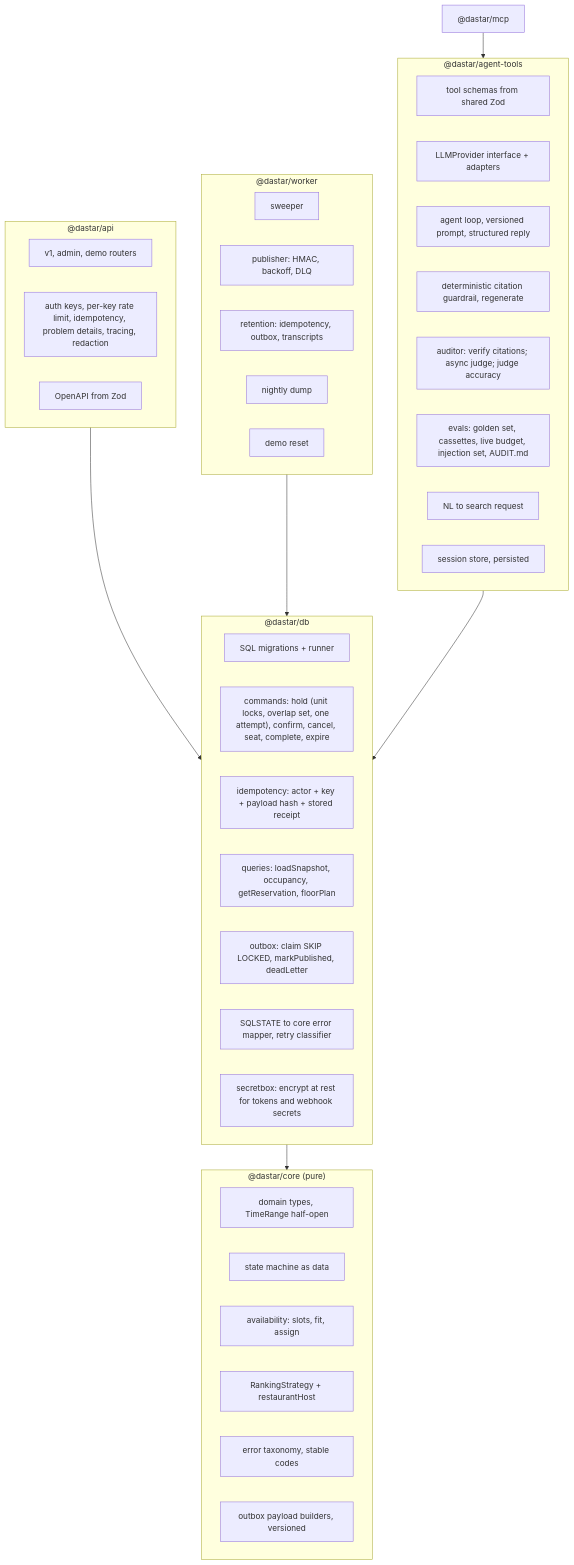
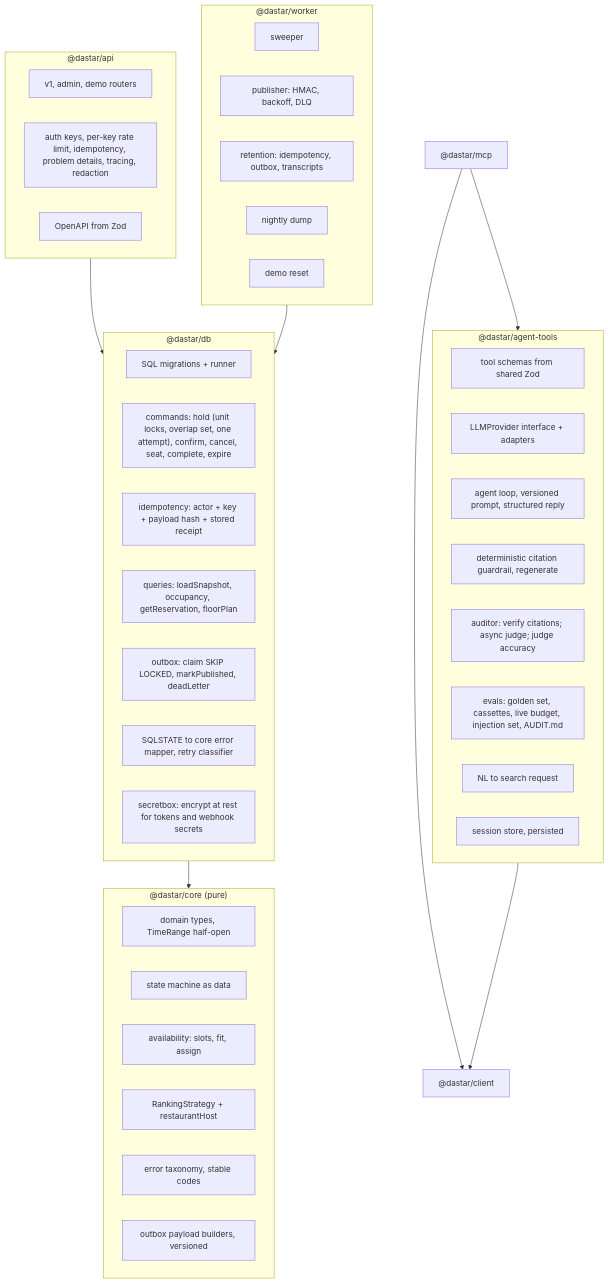
The third of 3 diagrams in docs/design/design.md (Zhan017/dastar), drawn with Mermaid before and after one commit. The commit also changed other lines of this file and 3 other files, not shown here.

````diff
--- a/docs/design/design.md
+++ b/docs/design/design.md
@@ -184,48 +184,50 @@
 ```mermaid
 flowchart TB
   subgraph core["@dastar/core (pure)"]
     dom["domain types, TimeRange half-open"]
     sm["state machine as data"]
     avail["availability: slots, fit, assign"]
     rank["RankingStrategy + restaurantHost"]
     errs["error taxonomy, stable codes"]
     events["outbox payload builders, versioned"]
   end
   subgraph db["@dastar/db"]
     mig["SQL migrations + runner"]
     cmd["commands: hold (unit locks, overlap set, one attempt), confirm, cancel, seat, complete, expire"]
     idem["idempotency: actor + key + payload hash + stored receipt"]
     snap["queries: loadSnapshot, occupancy, getReservation, floorPlan"]
     outbox["outbox: claim SKIP LOCKED, markPublished, deadLetter"]
     map["SQLSTATE to core error mapper, retry classifier"]
     crypto["secretbox: encrypt at rest for tokens and webhook secrets"]
   end
   subgraph api["@dastar/api"]
     routes["v1, admin, demo routers"]
     mw["auth keys, per-key rate limit, idempotency, problem details, tracing, redaction"]
     oapi["OpenAPI from Zod"]
   end
   subgraph worker["@dastar/worker"]
     sweep["sweeper"]
     pub["publisher: HMAC, backoff, DLQ"]
     retention["retention: idempotency, outbox, transcripts"]
     backup["nightly dump"]
     reset["demo reset"]
   end
   subgraph agent["@dastar/agent-tools"]
     tools["tool schemas from shared Zod"]
     prov["LLMProvider interface + adapters"]
     loop["agent loop, versioned prompt, structured reply"]
     guard["deterministic citation guardrail, regenerate"]
     audit["auditor: verify citations; async judge; judge accuracy"]
     evals["evals: golden set, cassettes, live budget, injection set, AUDIT.md"]
     parse["NL to search request"]
     sess["session store, persisted"]
   end
   mcp["@dastar/mcp"]
+  client["@dastar/client"]
   db --> core
   api --> db
   worker --> db
-  agent --> db
+  agent --> client
   mcp --> agent
+  mcp --> client
 ```
````
